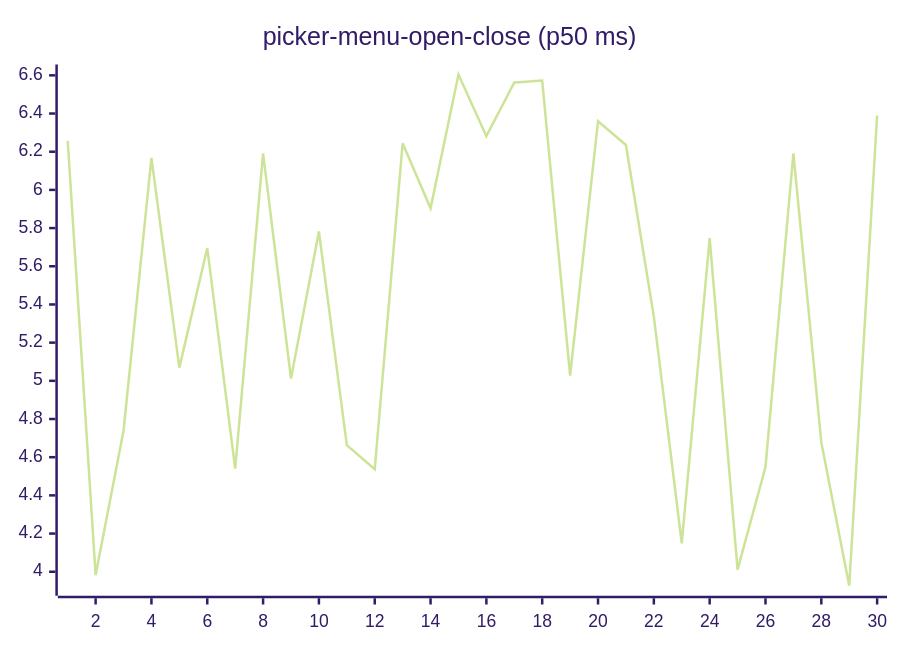
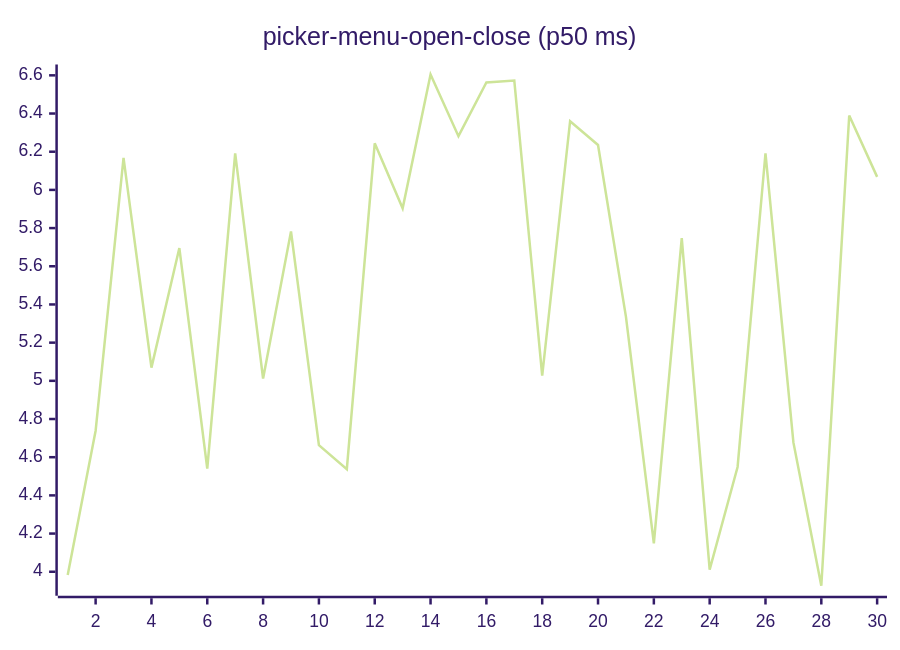
Diagram 16 of 27 in README.md (josha/Facet), drawn with Mermaid (forest theme) before and after one commit. The commit also changed other lines of this file and 2 other files, not shown here.

````diff
--- a/README.md
+++ b/README.md
@@ -168,6 +168,6 @@
 ```mermaid
 xychart-beta
     title "picker-menu-open-close (p50 ms)"
     x-axis 1 --> 30
-    line [6.2569, 3.9826, 4.7388, 6.1676, 5.0690, 5.6954, 4.5402, 6.1912, 5.0120, 5.7822, 4.6627, 4.5372, 6.2442, 5.9038, 6.6044, 6.2815, 6.5623, 6.5728, 5.0278, 6.3599, 6.2355, 5.3362, 4.1492, 5.7473, 4.0112, 4.5489, 6.1919, 4.6774, 3.9267, 6.3897]
+    line [3.9826, 4.7388, 6.1676, 5.0690, 5.6954, 4.5402, 6.1912, 5.0120, 5.7822, 4.6627, 4.5372, 6.2442, 5.9038, 6.6044, 6.2815, 6.5623, 6.5728, 5.0278, 6.3599, 6.2355, 5.3362, 4.1492, 5.7473, 4.0112, 4.5489, 6.1919, 4.6774, 3.9267, 6.3897, 6.0683]
 ```
````
